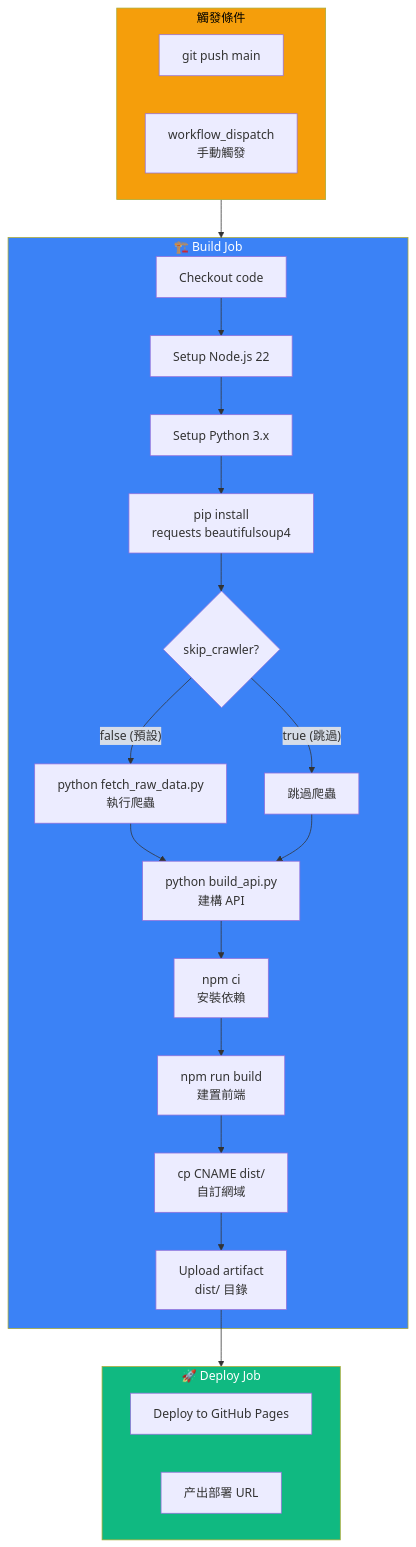
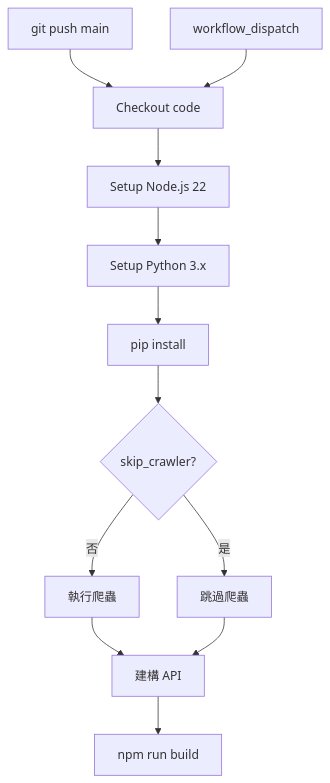
Before and after one commit to YuHaoLiaoSideProject/flight-radar: the third of 7 diagrams in docs/build-deploy.md, drawn with Mermaid. The commit also changed other lines of this file and 4 other files, not shown here.

Commit message:
docs: split Mermaid diagrams into smaller, more readable charts

````diff
--- a/docs/build-deploy.md
+++ b/docs/build-deploy.md
@@ -93,37 +97,14 @@
 ```mermaid
 flowchart TD
-    subgraph Trigger["觸發條件"]
-        T1["git push main"]
-        T2["workflow_dispatch<br/>手動觸發"]
-    end
-
-    subgraph BuildJob["🏗️ Build Job"]
-        B1["Checkout code"] --> B2["Setup Node.js 22"]
-        B2 --> B3["Setup Python 3.x"]
-        B3 --> B4["pip install<br/>requests beautifulsoup4"]
-        B4 --> B5{"skip_crawler?"}
-
-        B5 -->|"false (預設)"| B6["python fetch_raw_data.py<br/>執行爬蟲"]
-        B5 -->|"true (跳過)"| B7["跳過爬蟲"]
-
-        B6 --> B8["python build_api.py<br/>建構 API"]
-        B7 --> B8
-
-        B8 --> B9["npm ci<br/>安裝依賴"]
-        B9 --> B10["npm run build<br/>建置前端"]
-        B10 --> B11["cp CNAME dist/<br/>自訂網域"]
-        B11 --> B12["Upload artifact<br/>dist/ 目錄"]
-    end
-
-    subgraph DeployJob["🚀 Deploy Job"]
-        D1["Deploy to GitHub Pages"]
-        D2["产出部署 URL"]
-    end
-
-    Trigger --> BuildJob
-    B12 --> DeployJob
-
-    style Trigger fill:#F59E0B,color:#000
-    style BuildJob fill:#3B82F6,color:#fff
-    style DeployJob fill:#10B981,color:#fff
+    T1["git push main"] --> B1["Checkout code"]
+    T2["workflow_dispatch"] --> B1
+    B1 --> B2["Setup Node.js 22"]
+    B2 --> B3["Setup Python 3.x"]
+    B3 --> B4["pip install"]
+    B4 --> B5{"skip_crawler?"}
+    B5 -->|否| B6["執行爬蟲"]
+    B5 -->|是| B7["跳過爬蟲"]
+    B6 --> B8["建構 API"]
+    B7 --> B8
+    B8 --> BUILD["npm run build"]
 ```
````
